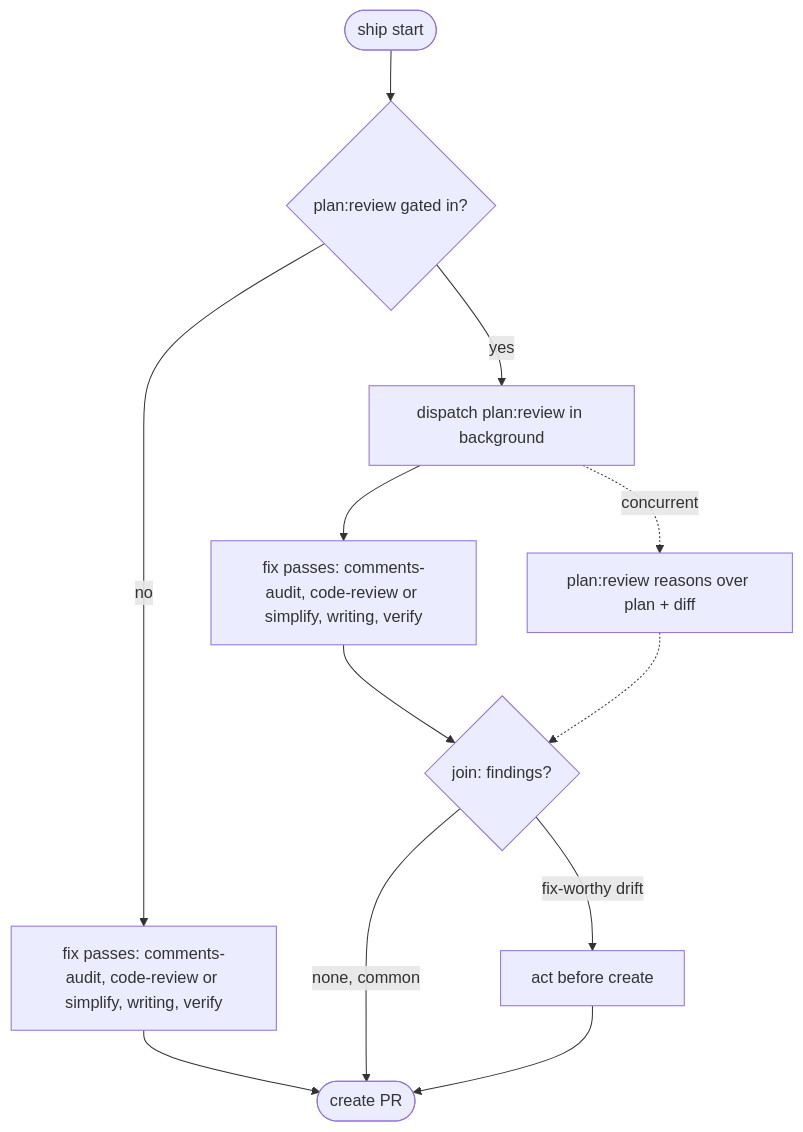
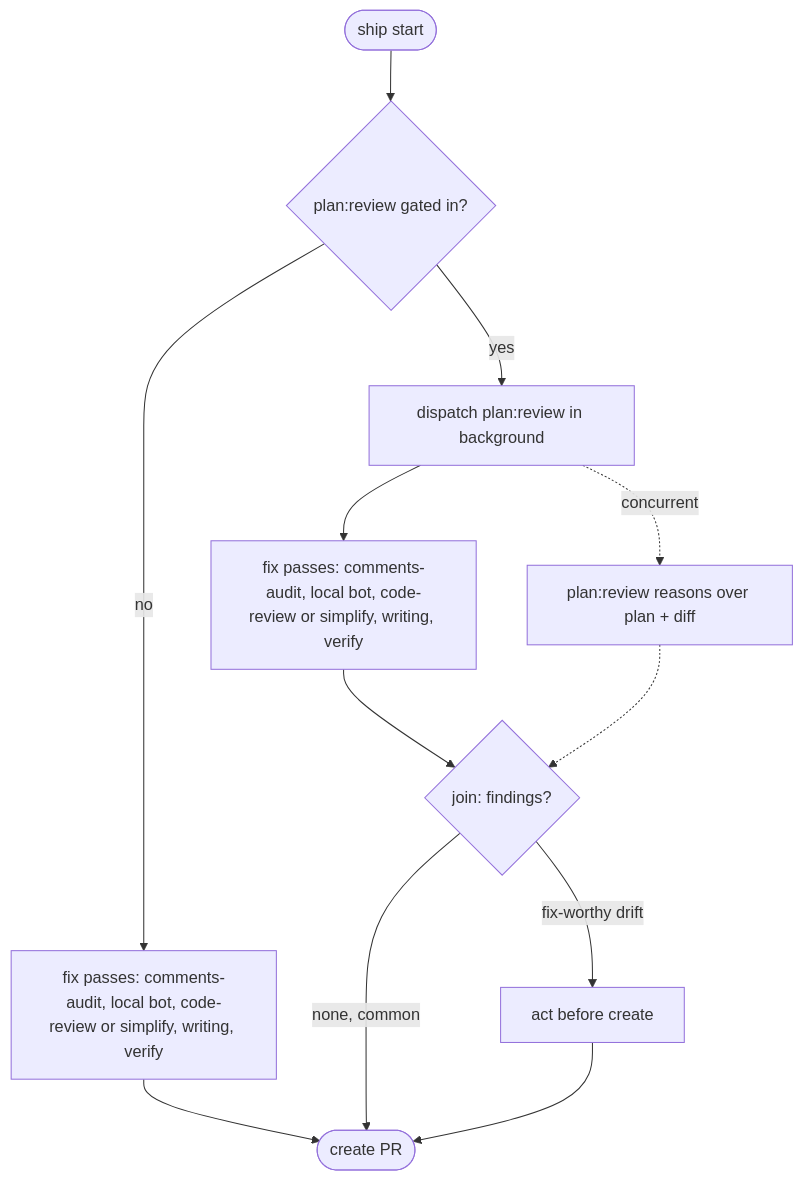
The diagram in user/skills/ship/references/passes.md (bendrucker/claude), drawn with Mermaid before and after one commit. The commit also changed other lines of this file and 8 other files, not shown here.

First line of the commit message:
pull-request: move local bot review into follow-up as --local

````diff
--- a/user/skills/ship/references/passes.md
+++ b/user/skills/ship/references/passes.md
@@ -25,14 +26,14 @@
 ```mermaid
 flowchart TD
     S([ship start]) --> G{plan:review gated in?}
-    G -->|no| F1[fix passes: comments-audit, code-review or simplify, writing, verify]
+    G -->|no| F1[fix passes: comments-audit, local bot, code-review or simplify, writing, verify]
     F1 --> C([create PR])
     G -->|yes| D[dispatch plan:review in background]
-    D --> F2[fix passes: comments-audit, code-review or simplify, writing, verify]
+    D --> F2[fix passes: comments-audit, local bot, code-review or simplify, writing, verify]
     D -. concurrent .-> R[plan:review reasons over plan + diff]
     F2 --> J{join: findings?}
     R -.-> J
     J -->|fix-worthy drift| A[act before create]
     J -->|none, common| C
     A --> C
 ```
````
